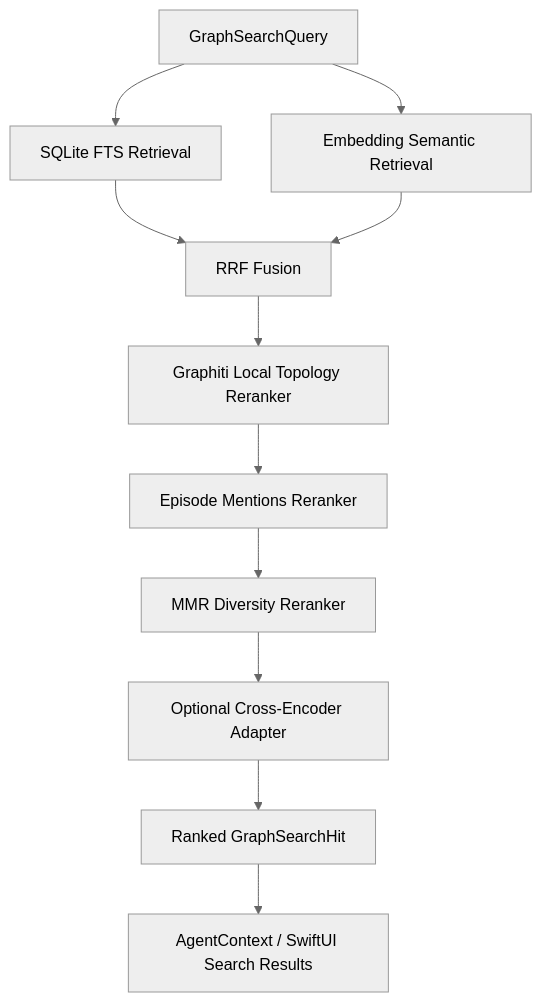
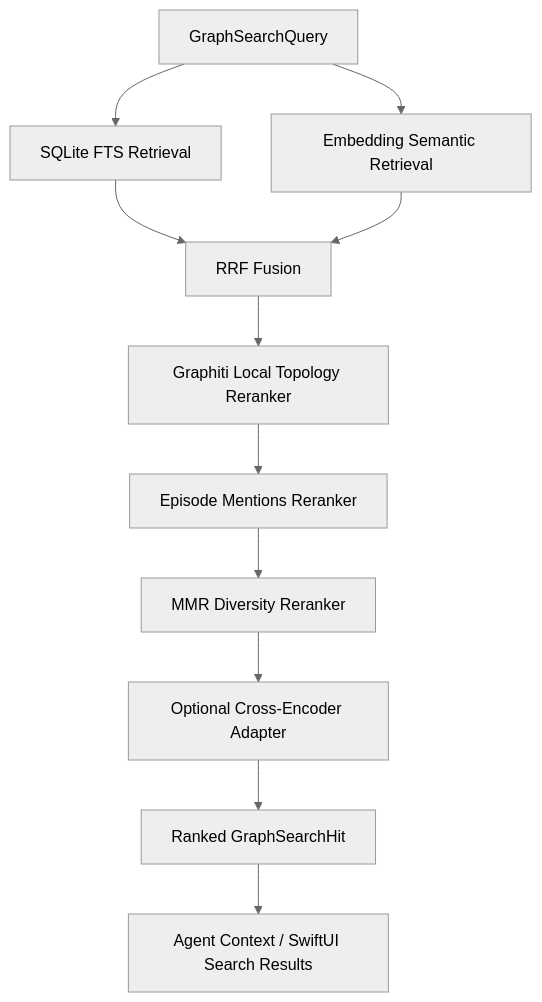
The third of 3 diagrams in README.md (duanshiwen/connor-graph-agent-mac), drawn with Mermaid (neutral theme) before and after one commit. The commit also changed other lines of this file, not shown here.

First line of the commit message:
Update README for temporal graph-only architecture

````diff
--- a/README.md
+++ b/README.md
@@ -134,13 +204,13 @@
 ```mermaid
 graph TD
     Q[GraphSearchQuery] --> FTS[SQLite FTS Retrieval]
     Q --> Semantic[Embedding Semantic Retrieval]
     FTS --> RRF[RRF Fusion]
     Semantic --> RRF
     RRF --> Local[Graphiti Local Topology Reranker]
     Local --> Mentions[Episode Mentions Reranker]
     Mentions --> MMR[MMR Diversity Reranker]
     MMR --> CE[Optional Cross-Encoder Adapter]
     CE --> Hits[Ranked GraphSearchHit]
-    Hits --> Context[AgentContext / SwiftUI Search Results]
+    Hits --> Context[Agent Context / SwiftUI Search Results]
 ```
````
